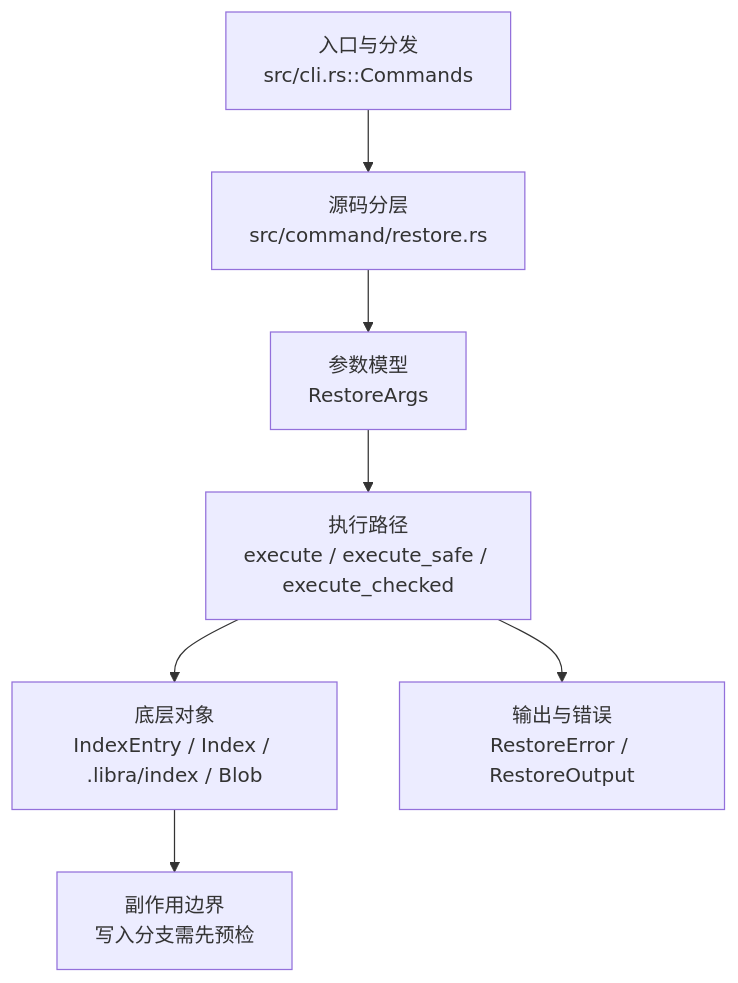
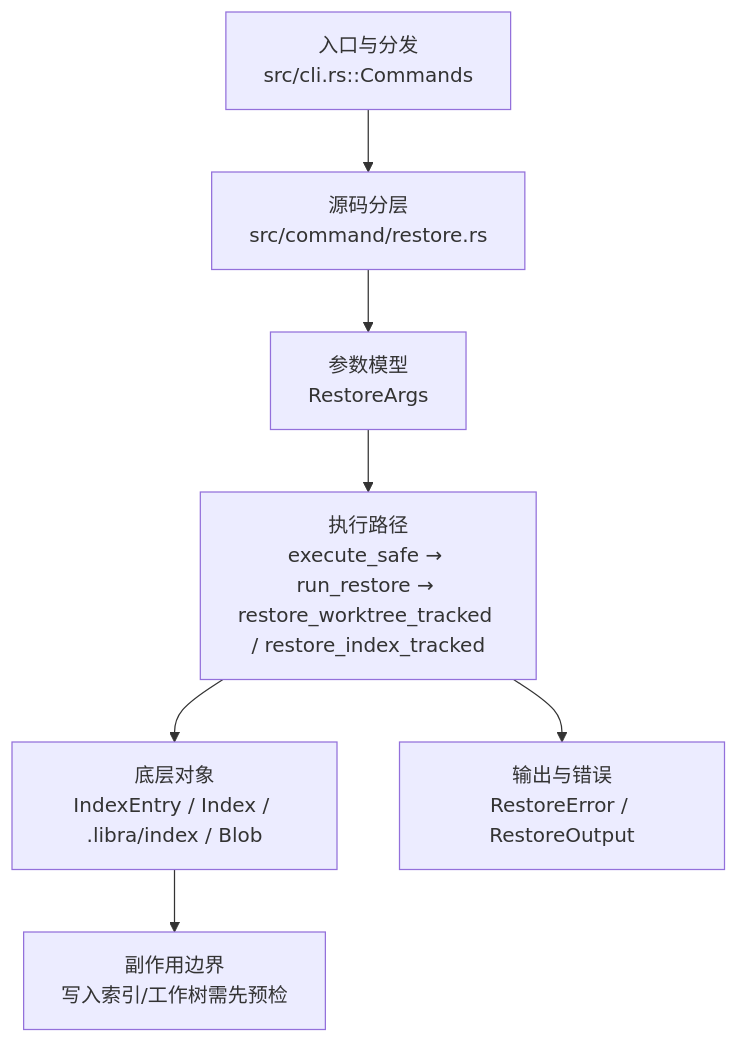
Before and after one commit to web3infra-foundation/libra: the diagram in docs/development/commands/restore.md, drawn with Mermaid. The commit also changed other lines of this file and 65 other files, not shown here.

````diff
--- a/docs/development/commands/restore.md
+++ b/docs/development/commands/restore.md
@@ -22,9 +22,9 @@
 ```mermaid
 flowchart TD
     A["入口与分发<br/>src/cli.rs::Commands"] --> B["源码分层<br/>src/command/restore.rs"]
     B --> C["参数模型<br/>RestoreArgs"]
-    C --> D["执行路径<br/>execute / execute_safe / execute_checked"]
+    C --> D["执行路径<br/>execute_safe → run_restore → restore_worktree_tracked / restore_index_tracked"]
     D --> E["底层对象<br/>IndexEntry / Index / .libra/index / Blob"]
     D --> F["输出与错误<br/>RestoreError / RestoreOutput"]
-    E --> G["副作用边界<br/>写入分支需先预检"]
+    E --> G["副作用边界<br/>写入索引/工作树需先预检"]
 ```
````
